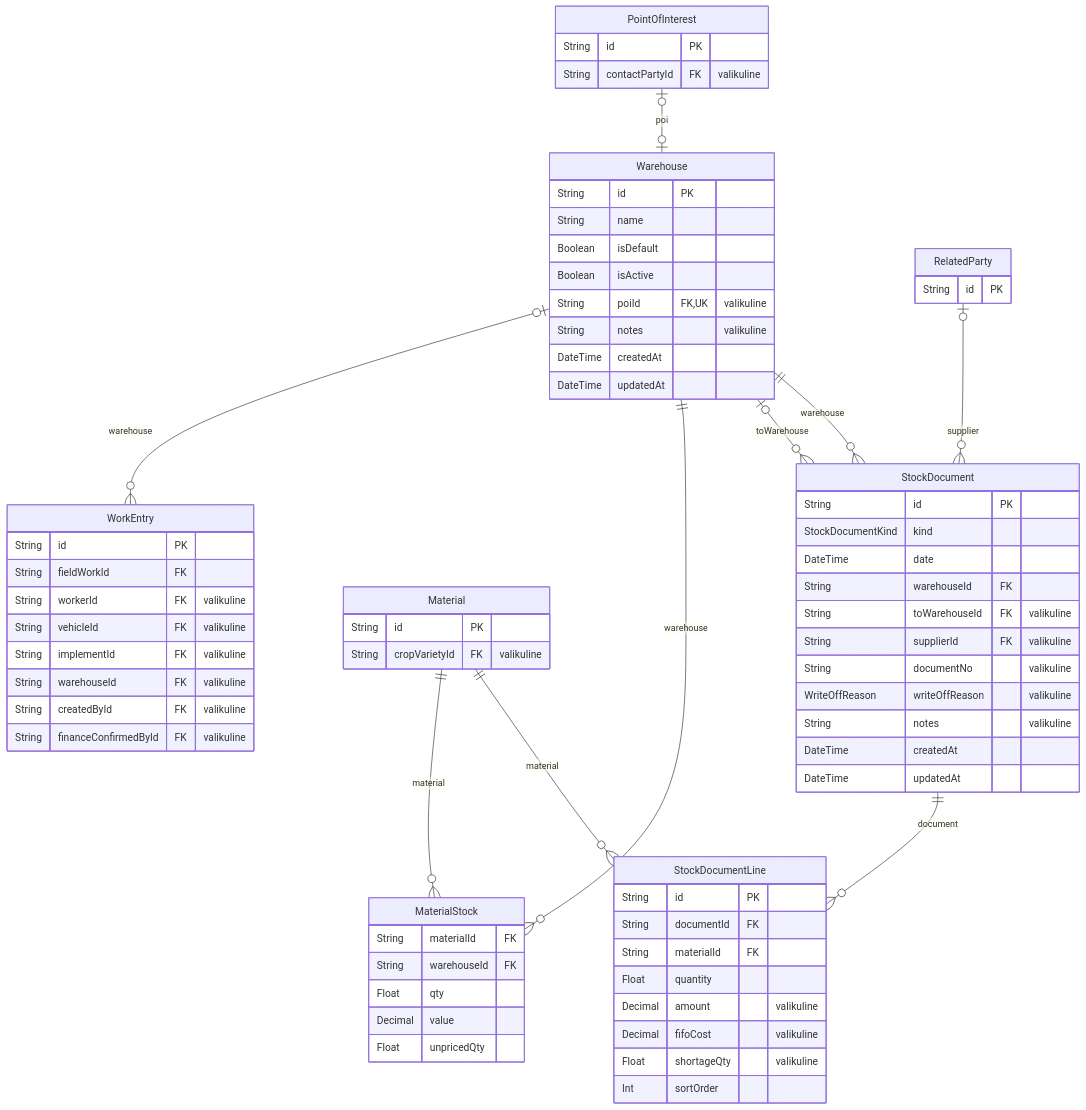
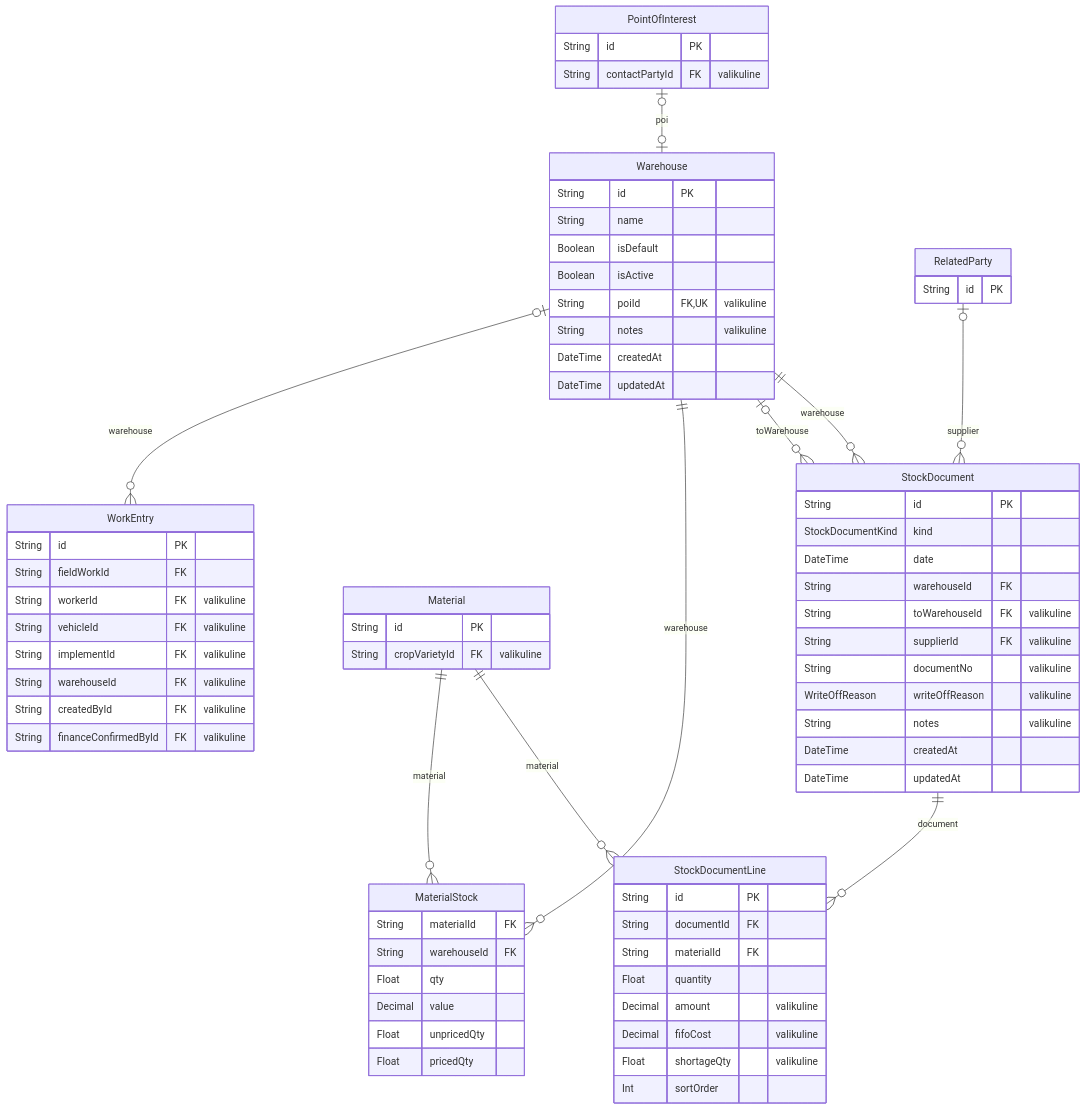
The fourth of 7 diagrams in docs/andmemudel.md (andres-janno/teris), drawn with Mermaid before and after one commit. The commit also changed 17 other files, not shown here.

````diff
--- a/docs/andmemudel.md
+++ b/docs/andmemudel.md
@@ -603,73 +603,74 @@
 ```mermaid
 erDiagram
   Warehouse {
     String id PK
     String name
     Boolean isDefault
     Boolean isActive
     String poiId FK,UK "valikuline"
     String notes "valikuline"
     DateTime createdAt
     DateTime updatedAt
   }
   StockDocument {
     String id PK
     StockDocumentKind kind
     DateTime date
     String warehouseId FK
     String toWarehouseId FK "valikuline"
     String supplierId FK "valikuline"
     String documentNo "valikuline"
     WriteOffReason writeOffReason "valikuline"
     String notes "valikuline"
     DateTime createdAt
     DateTime updatedAt
   }
   StockDocumentLine {
     String id PK
     String documentId FK
     String materialId FK
     Float quantity
     Decimal amount "valikuline"
     Decimal fifoCost "valikuline"
     Float shortageQty "valikuline"
     Int sortOrder
   }
   MaterialStock {
     String materialId FK
     String warehouseId FK
     Float qty
     Decimal value
     Float unpricedQty
+    Float pricedQty
   }
   PointOfInterest {
     String id PK
     String contactPartyId FK "valikuline"
   }
   RelatedParty {
     String id PK
   }
   Material {
     String id PK
     String cropVarietyId FK "valikuline"
   }
   WorkEntry {
     String id PK
     String fieldWorkId FK
     String workerId FK "valikuline"
     String vehicleId FK "valikuline"
     String implementId FK "valikuline"
     String warehouseId FK "valikuline"
     String createdById FK "valikuline"
     String financeConfirmedById FK "valikuline"
   }
   PointOfInterest |o--o| Warehouse : "poi"
   Warehouse ||--o{ StockDocument : "warehouse"
   Warehouse |o--o{ StockDocument : "toWarehouse"
   RelatedParty |o--o{ StockDocument : "supplier"
   StockDocument ||--o{ StockDocumentLine : "document"
   Material ||--o{ StockDocumentLine : "material"
   Material ||--o{ MaterialStock : "material"
   Warehouse ||--o{ MaterialStock : "warehouse"
   Warehouse |o--o{ WorkEntry : "warehouse"
 ```
````
